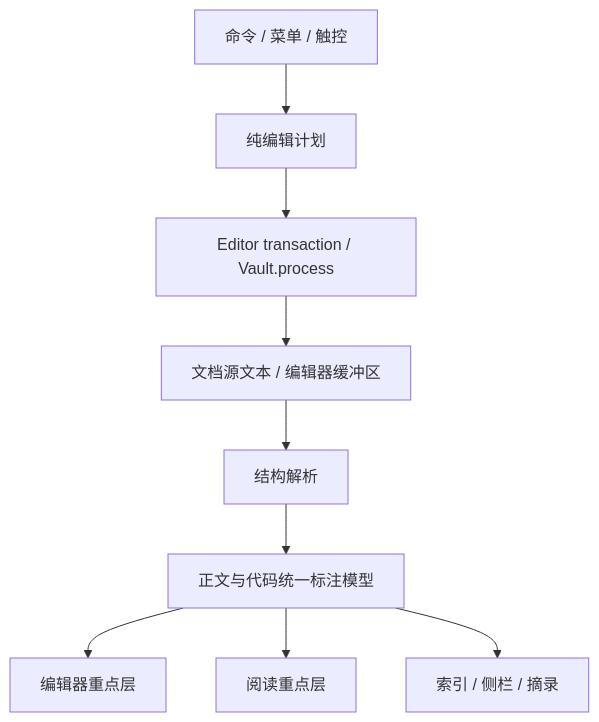
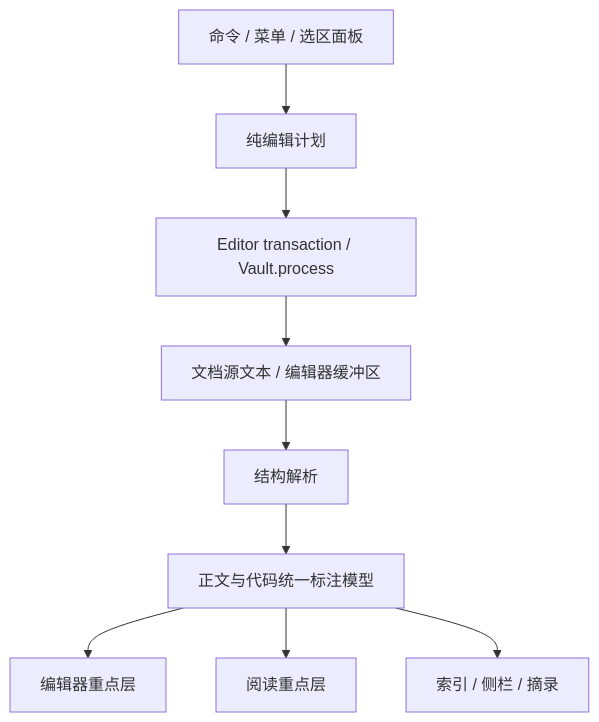
One commit to danlingdan/highlight-boost changed the diagram in docs/plan/03-技术架构与数据设计.md. Above: the diagram before and after it, drawn with Mermaid. The commit also changed other lines of this file and 10 other files, not shown here.

````diff
--- a/docs/plan/03-技术架构与数据设计.md
+++ b/docs/plan/03-技术架构与数据设计.md
@@ -36,11 +36,11 @@
 ```mermaid
 flowchart TD
   A[文档源文本 / 编辑器缓冲区] --> B[结构解析]
   B --> C[正文与代码统一标注模型]
   C --> D[编辑器重点层]
   C --> E[阅读重点层]
   C --> F[索引 / 侧栏 / 摘录]
-  G[命令 / 菜单 / 触控] --> H[纯编辑计划]
+  G[命令 / 菜单 / 选区面板] --> H[纯编辑计划]
   H --> I[Editor transaction / Vault.process]
   I --> A
 ```
````
